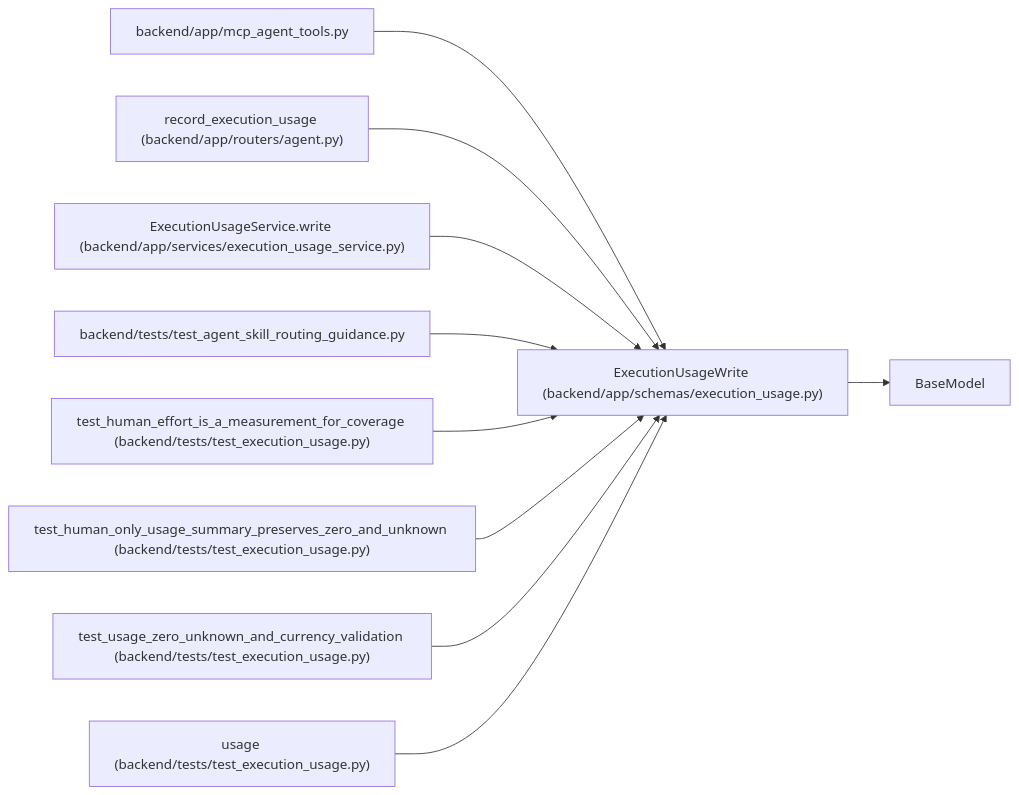
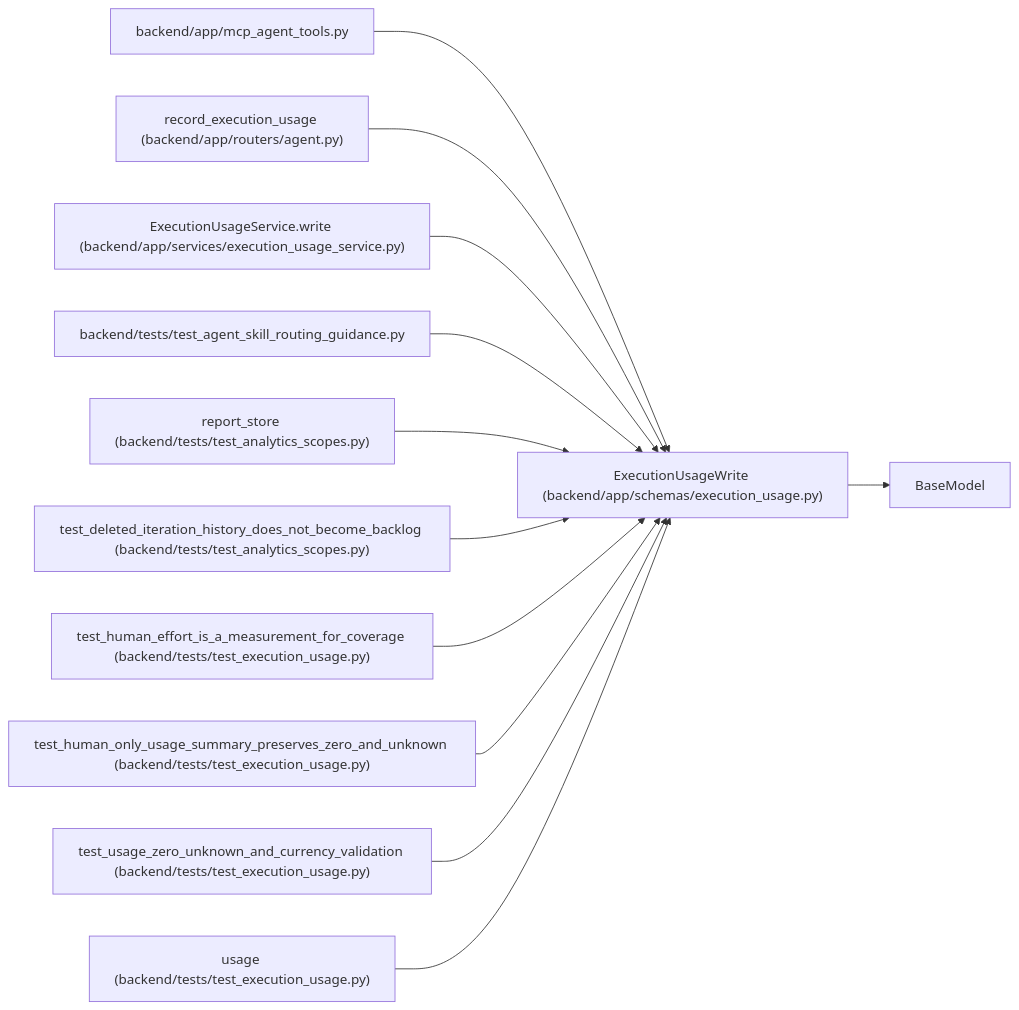
The diagram in docs/llm_wiki/entities/ExecutionUsageWrite.md (Denissvgn/WorkChord), drawn with Mermaid before and after one commit. The commit also changed other lines of this file and 2373 other files, not shown here.

````diff
--- a/docs/llm_wiki/entities/ExecutionUsageWrite.md
+++ b/docs/llm_wiki/entities/ExecutionUsageWrite.md
@@ -51,31 +51,37 @@
 ```mermaid
 flowchart LR
     n0["ExecutionUsageWrite (backend/app/schemas/execution_usage.py)"]
     n1["BaseModel"]
     n2["backend/app/mcp_agent_tools.py"]
     n3["record_execution_usage (backend/app/routers/agent.py)"]
     n4["ExecutionUsageService.write (backend/app/services/execution_usage_service.py)"]
     n5["backend/tests/test_agent_skill_routing_guidance.py"]
-    n6["test_human_effort_is_a_measurement_for_coverage (backend/tests/test_execution_usage.py)"]
-    n7["test_human_only_usage_summary_preserves_zero_and_unknown (backend/tests/test_execution_usage.py)"]
-    n8["test_usage_zero_unknown_and_currency_validation (backend/tests/test_execution_usage.py)"]
-    n9["usage (backend/tests/test_execution_usage.py)"]
+    n6["report_store (backend/tests/test_analytics_scopes.py)"]
+    n7["test_deleted_iteration_history_does_not_become_backlog (backend/tests/test_analytics_scopes.py)"]
+    n8["test_human_effort_is_a_measurement_for_coverage (backend/tests/test_execution_usage.py)"]
+    n9["test_human_only_usage_summary_preserves_zero_and_unknown (backend/tests/test_execution_usage.py)"]
+    n10["test_usage_zero_unknown_and_currency_validation (backend/tests/test_execution_usage.py)"]
+    n11["usage (backend/tests/test_execution_usage.py)"]
     n0 --> n1
     n2 --> n0
     n3 --> n0
     n4 --> n0
     n5 --> n0
     n6 --> n0
     n7 --> n0
     n8 --> n0
     n9 --> n0
+    n10 --> n0
+    n11 --> n0
     click n0 "../modules/schemas_execution_usage.md"
     click n2 "../modules/mcp_agent_tools.md"
     click n3 "../modules/routers_agent.md"
     click n4 "../modules/execution_usage_service.md"
     click n5 "../modules/test_agent_skill_routing_guidance.md"
-    click n6 "../modules/test_execution_usage.md"
-    click n7 "../modules/test_execution_usage.md"
+    click n6 "../modules/test_analytics_scopes.md"
+    click n7 "../modules/test_analytics_scopes.md"
     click n8 "../modules/test_execution_usage.md"
     click n9 "../modules/test_execution_usage.md"
+    click n10 "../modules/test_execution_usage.md"
+    click n11 "../modules/test_execution_usage.md"
 ```
````
